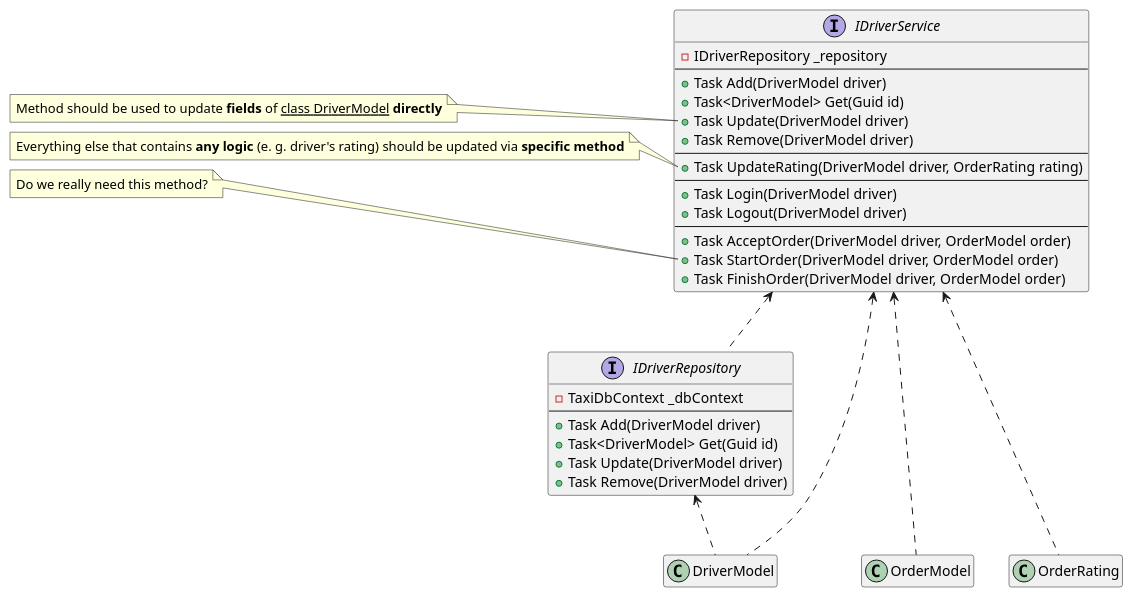
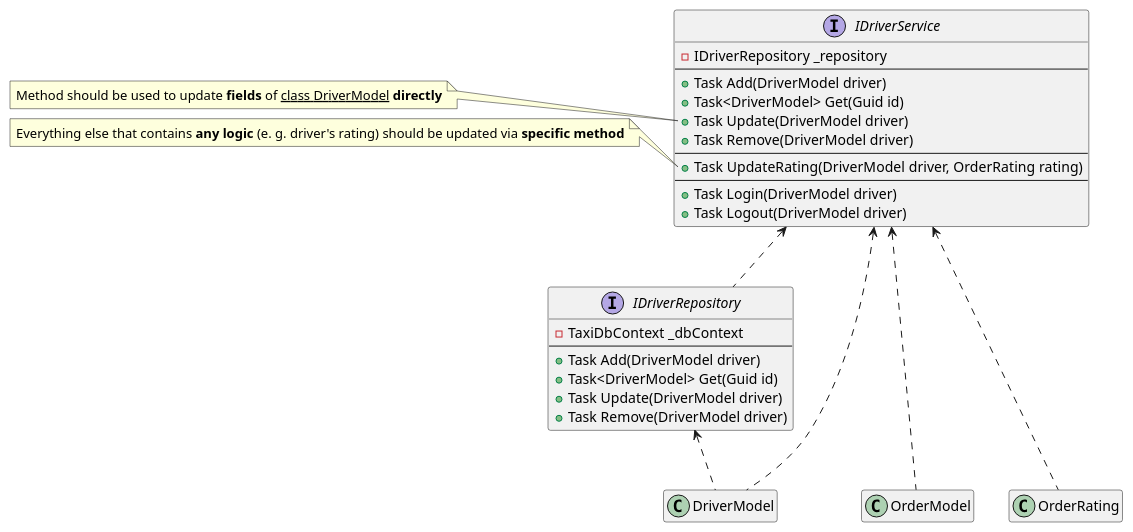
Before and after one commit to is-oop-y24/Pig-n-Go: the diagram in Docs/DriverServiceScheme.puml, drawn with PlantUML. The commit also changed 1 other file, not shown here.

Commit message:
Moved order methods to OrderService

```diff
--- a/Docs/DriverServiceScheme.puml
+++ b/Docs/DriverServiceScheme.puml
@@ -1,54 +1,46 @@
 @startuml
 'https://plantuml.com/class-diagram
 
 hide empty members
 
 interface IDriverRepository
 {
     - TaxiDbContext _dbContext
     --
     + Task Add(DriverModel driver)
     + Task<DriverModel> Get(Guid id)
     + Task Update(DriverModel driver)
     + Task Remove(DriverModel driver)
 }
 
 interface IDriverService
 {
     - IDriverRepository _repository
     --
     + Task Add(DriverModel driver)
     + Task<DriverModel> Get(Guid id)
     + Task Update(DriverModel driver)
     + Task Remove(DriverModel driver)
     --
     + Task UpdateRating(DriverModel driver, OrderRating rating)
     --
     + Task Login(DriverModel driver)
     + Task Logout(DriverModel driver)
-    --
-    + Task AcceptOrder(DriverModel driver, OrderModel order)
-    + Task StartOrder(DriverModel driver, OrderModel order)
-    + Task FinishOrder(DriverModel driver, OrderModel order)
 }
 
 note left of IDriverService::"Update(DriverModel driver)"
     Method should be used to update <b>fields</b> of <u>class DriverModel</u> <b>directly</b>
 end note
 
 note left of IDriverService::"UpdateRating(DriverModel driver, OrderRating rating)"
     Everything else that contains <b>any logic</b> (e. g. driver's rating) should be updated via <b>specific method</b>
 end note
 
-note left of IDriverService::"StartOrder(DriverModel driver, OrderModel order)"
-    Do we really need this method?
-end note
-
 IDriverRepository <.. DriverModel
 IDriverService <.. IDriverRepository
 IDriverService <.. DriverModel
 IDriverService <... OrderModel
 IDriverService <... OrderRating
 
 
 @enduml
```
